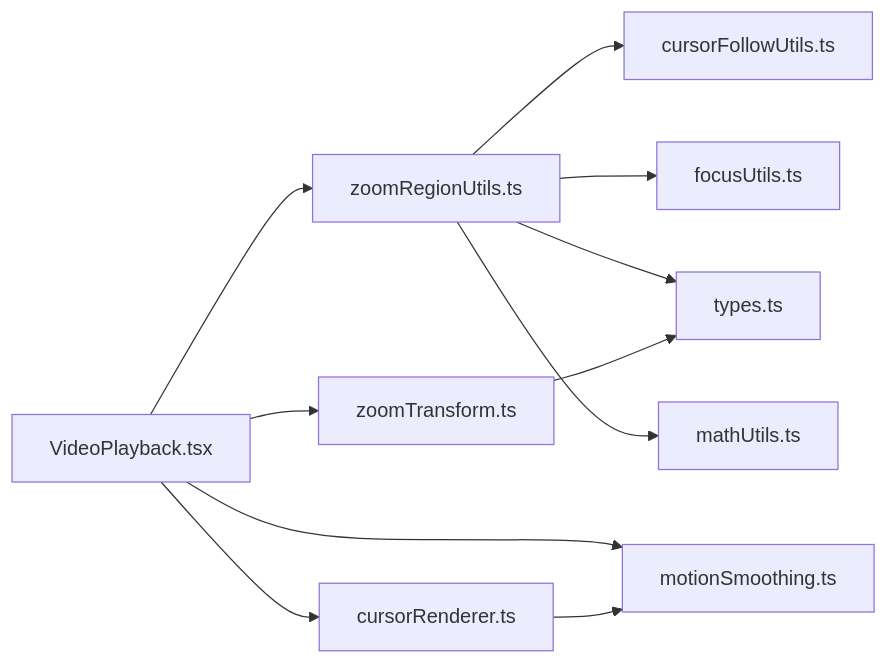
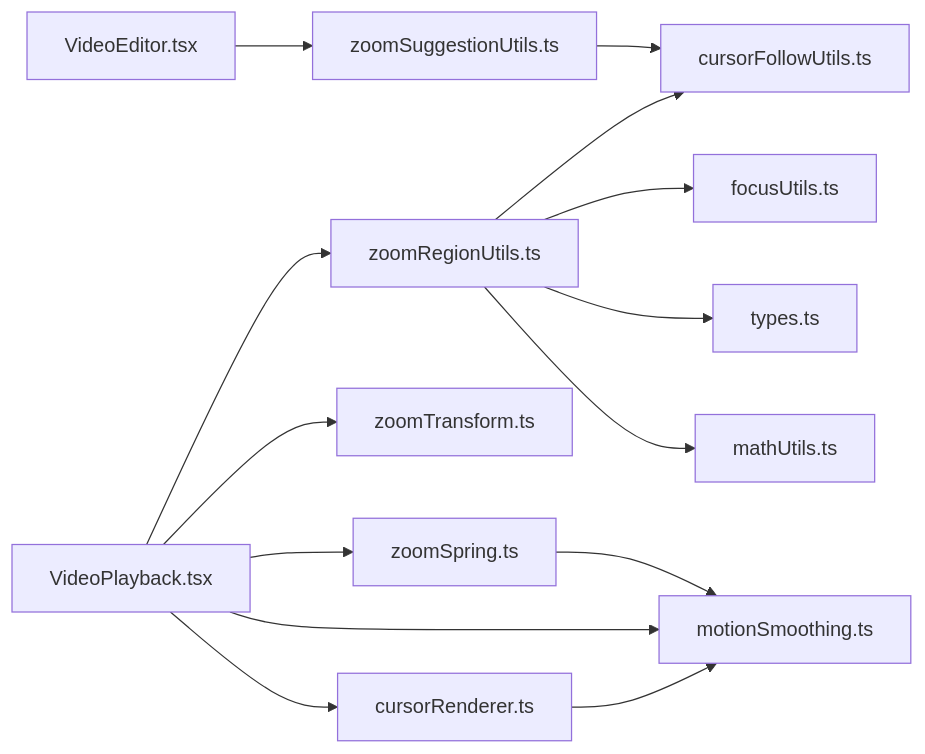
The eighth of 8 diagrams in .qoder/repowiki/zh/content/游标遥测系统/智能缩放算法.md (zhanggmin/openscreen), drawn with Mermaid before and after one commit. The commit also changed other lines of this file and 68 other files, not shown here.

Commit message:
开发图文编辑功能

````diff
--- a/.qoder/repowiki/zh/content/游标遥测系统/智能缩放算法.md
+++ b/.qoder/repowiki/zh/content/游标遥测系统/智能缩放算法.md
@@ -296,13 +353,16 @@
 ```mermaid
 graph LR
+VE["VideoEditor.tsx"] --> ZSU["zoomSuggestionUtils.ts"]
 VP["VideoPlayback.tsx"] --> ZU["zoomRegionUtils.ts"]
 VP --> ZT["zoomTransform.ts"]
+VP --> ZS["zoomSpring.ts"]
 VP --> MS["motionSmoothing.ts"]
 VP --> CR["cursorRenderer.ts"]
 ZU --> CFU["cursorFollowUtils.ts"]
 ZU --> FU["focusUtils.ts"]
 ZU --> TY["types.ts"]
 ZU --> MU["mathUtils.ts"]
-ZT --> TY
+ZS --> MS
 CR --> MS
+ZSU --> CFU
 ```
````
